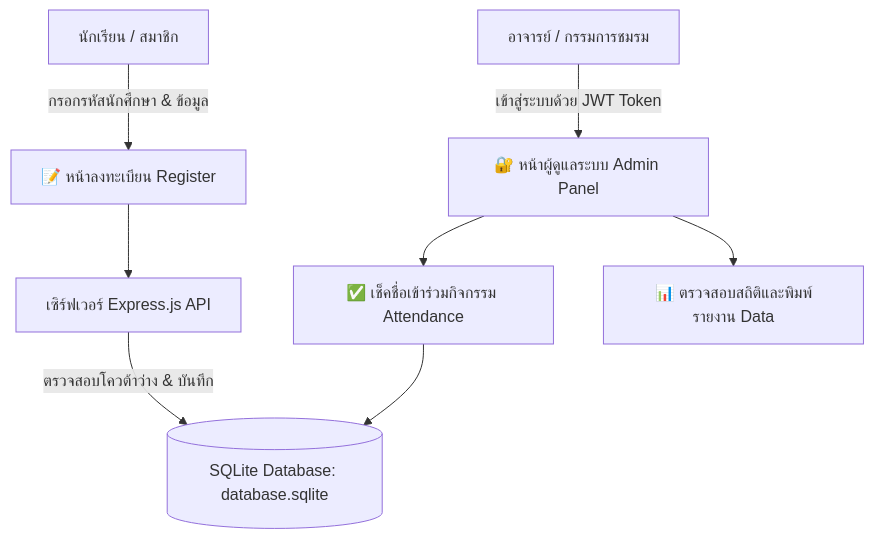
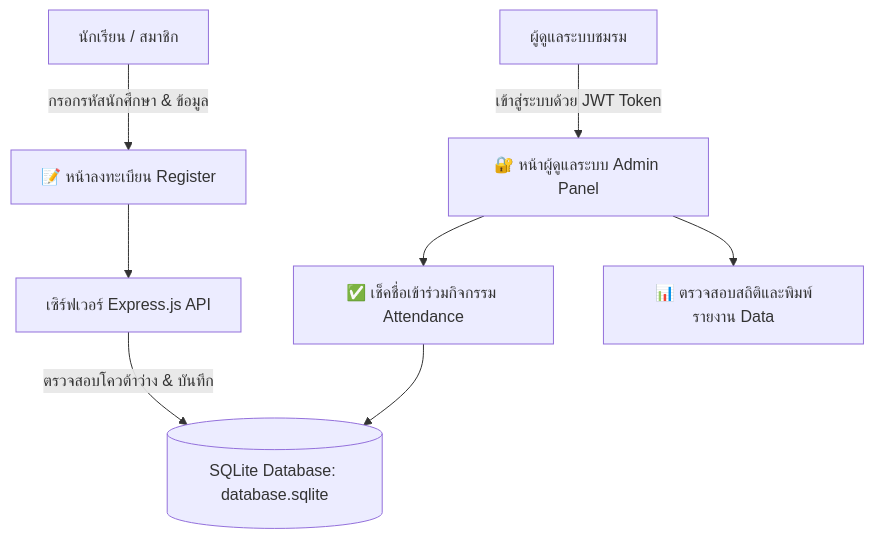
The fourth of 9 diagrams in README.md (FANG9356/MyProject), drawn with Mermaid before and after one commit. The commit also changed other lines of this file and 18 other files, not shown here.

````diff
--- a/README.md
+++ b/README.md
@@ -211,10 +207,10 @@
 ```mermaid
 flowchart TD
     A[นักเรียน / สมาชิก] -->|กรอกรหัสนักศึกษา & ข้อมูล| B[📝 หน้าลงทะเบียน Register]
     B --> C[เซิร์ฟเวอร์ Express.js API]
     C -->|ตรวจสอบโควต้าว่าง & บันทึก| D[(SQLite Database: database.sqlite)]
-    E[อาจารย์ / กรรมการชมรม] -->|เข้าสู่ระบบด้วย JWT Token| F[🔐 หน้าผู้ดูแลระบบ Admin Panel]
+    E[ผู้ดูแลระบบชมรม] -->|เข้าสู่ระบบด้วย JWT Token| F[🔐 หน้าผู้ดูแลระบบ Admin Panel]
     F --> G[✅ เช็คชื่อเข้าร่วมกิจกรรม Attendance]
     G --> D
     F --> H[📊 ตรวจสอบสถิติและพิมพ์รายงาน Data]
 ```
````
